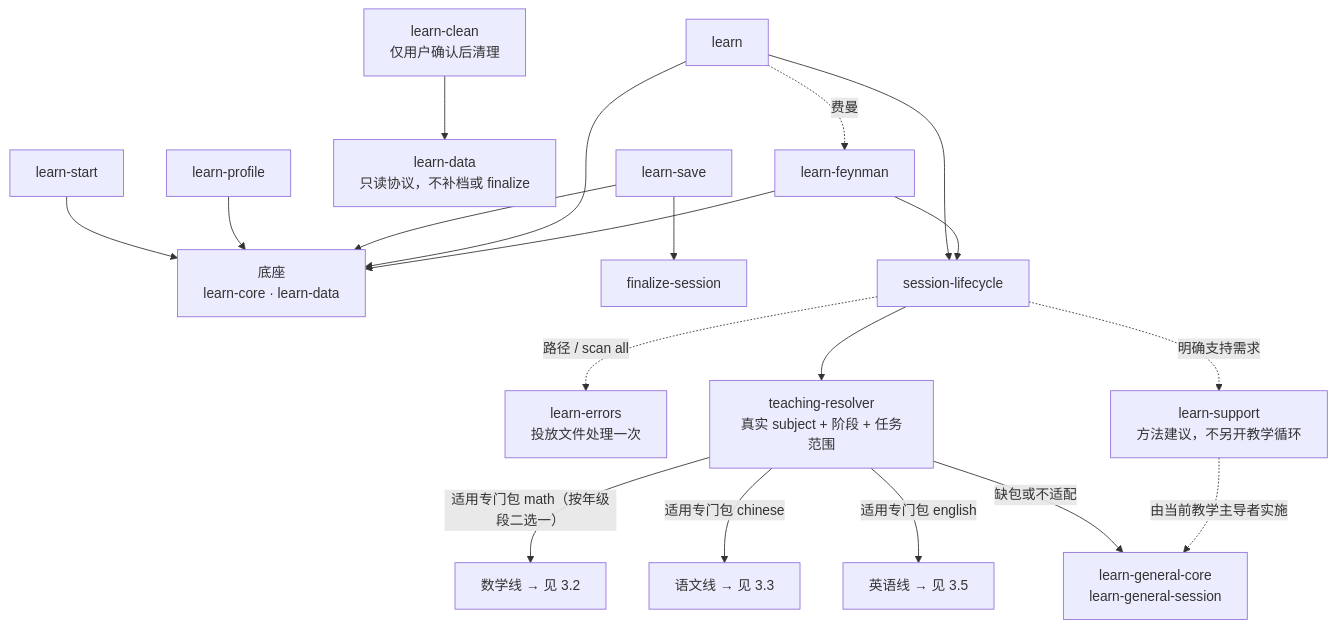
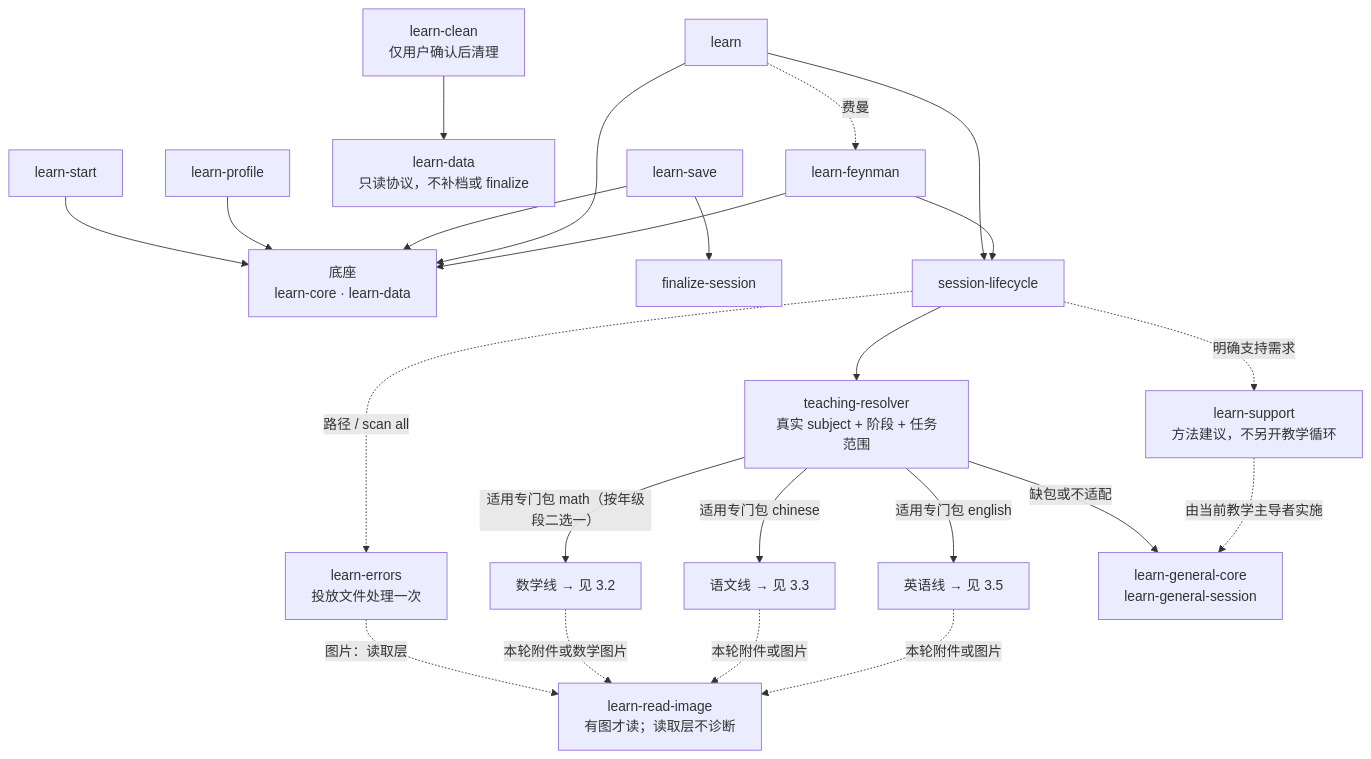
One commit to gengyabc/baicai-edu changed the third of 21 diagrams in docs/skill-map/call-graph.md. Above: the diagram before and after it, drawn with Mermaid. The commit also changed other lines of this file and 23 other files, not shown here.

First line of the commit message:
Add cross-subject image reading and math handwriting contract

````diff
--- a/docs/skill-map/call-graph.md
+++ b/docs/skill-map/call-graph.md
@@ -113,26 +120,31 @@
 ```mermaid
 flowchart TB
   learn_start["learn-start"] --> B["底座<br/>learn-core · learn-data"]
   learn_profile["learn-profile"] --> B
   learn_clean["learn-clean<br/>仅用户确认后清理"] --> LD_CLEAN["learn-data<br/>只读协议，不补档或 finalize"]
   learn_save["learn-save"] --> B
   learn_save --> FZ["finalize-session"]
   learn --> B
   learn --> SL["session-lifecycle"]
   learn_feynman["learn-feynman"] --> B
   learn_feynman --> SL
   Math["数学线 → 见 3.2"]
   Chinese["语文线 → 见 3.3"]
   English["英语线 → 见 3.5"]
   LE["learn-errors<br/>投放文件处理一次"]
+  LR["learn-read-image<br/>有图才读；读取层不诊断"]
 
   SL --> Resolver["teaching-resolver<br/>真实 subject + 阶段 + 任务范围"]
   Resolver -->|适用专门包 math（按年级段二选一）| Math
   Resolver -->|适用专门包 chinese| Chinese
   Resolver -->|适用专门包 english| English
   Resolver -->|缺包或不适配| General["learn-general-core<br/>learn-general-session"]
   SL -.->|明确支持需求| Support["learn-support<br/>方法建议，不另开教学循环"]
   Support -.->|由当前教学主导者实施| General
   SL -.->|路径 / scan all| LE
+  LE -.->|图片：读取层| LR
+  Math -.->|本轮附件或数学图片| LR
+  Chinese -.->|本轮附件或图片| LR
+  English -.->|本轮附件或图片| LR
   learn -.->|费曼| learn_feynman
 ```
````
